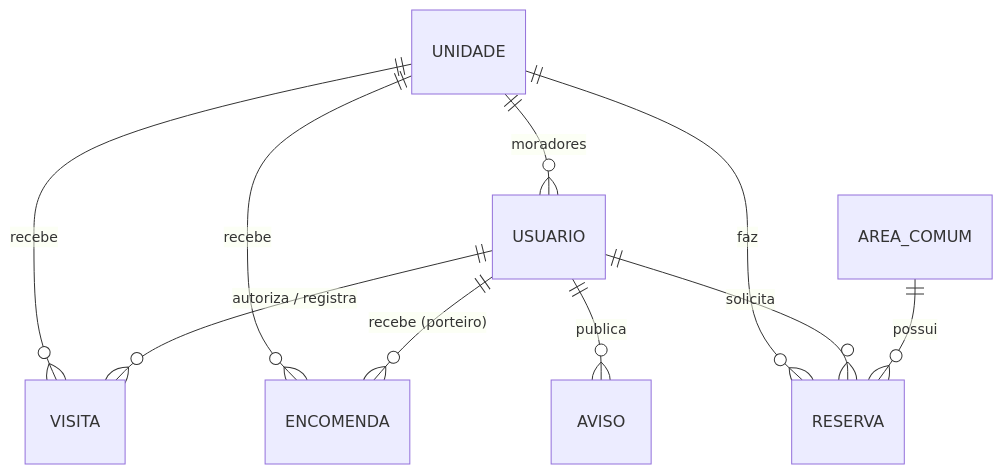
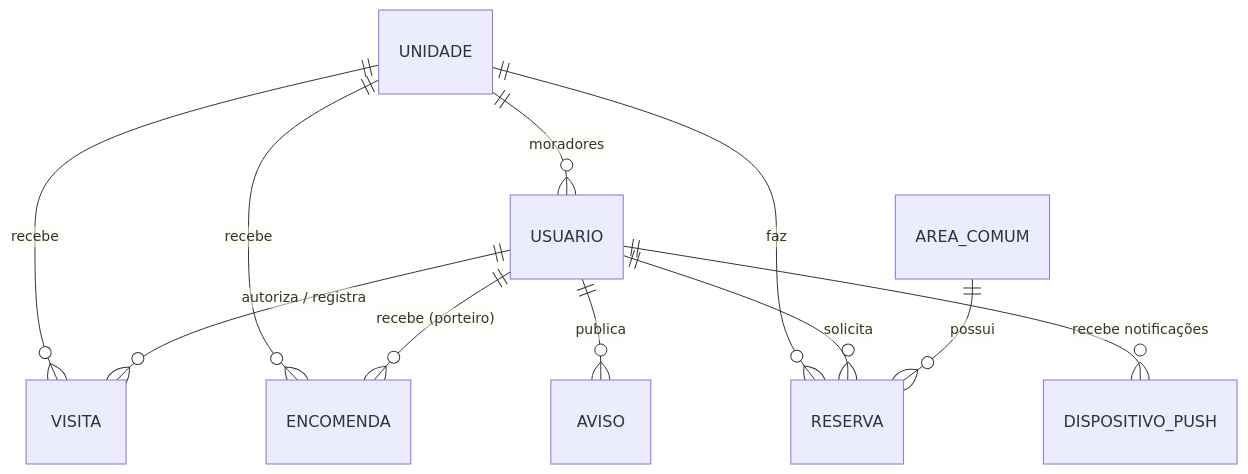
One commit to matheusoliveira2003/condomus changed the diagram in docs/requisitos.md. Above: the diagram before and after it, drawn with Mermaid. The commit also changed other lines of this file and 19 other files, not shown here.

First line of the commit message:
Notificações push de encomendas e tela Minha conta

````diff
--- a/docs/requisitos.md
+++ b/docs/requisitos.md
@@ -75,12 +79,13 @@
 ```mermaid
 erDiagram
   UNIDADE ||--o{ USUARIO : "moradores"
   UNIDADE ||--o{ VISITA : recebe
   UNIDADE ||--o{ ENCOMENDA : recebe
   UNIDADE ||--o{ RESERVA : faz
   USUARIO ||--o{ VISITA : "autoriza / registra"
   USUARIO ||--o{ ENCOMENDA : "recebe (porteiro)"
   USUARIO ||--o{ AVISO : publica
   USUARIO ||--o{ RESERVA : solicita
+  USUARIO ||--o{ DISPOSITIVO_PUSH : "recebe notificações"
   AREA_COMUM ||--o{ RESERVA : possui
 ```
````
